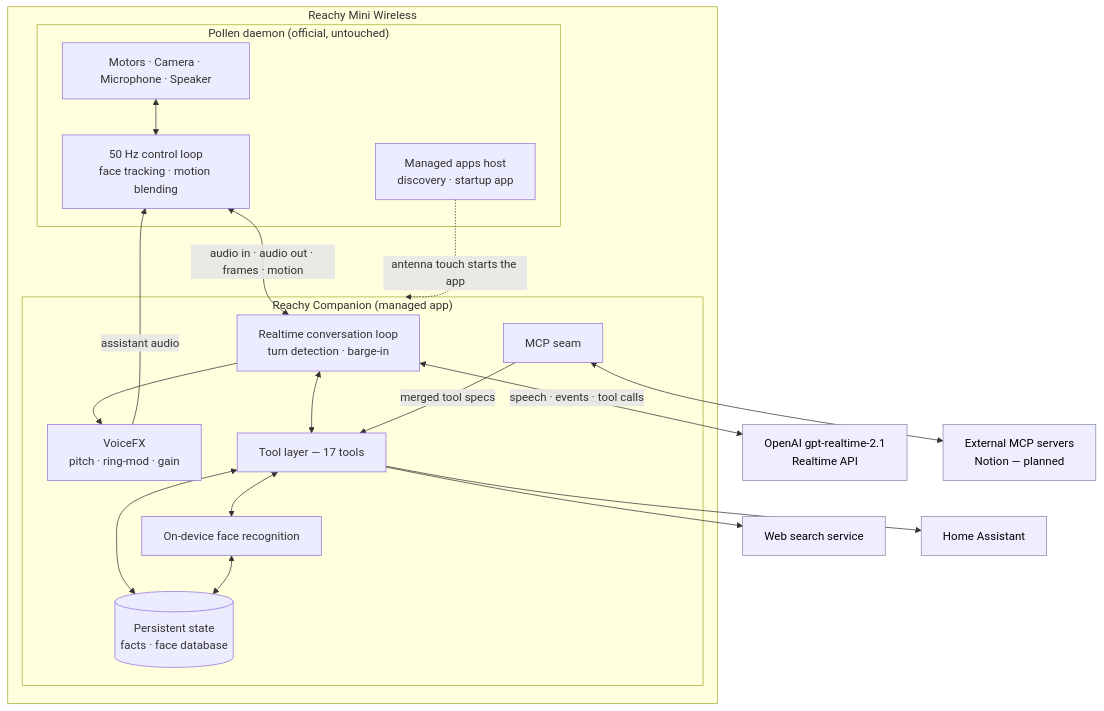
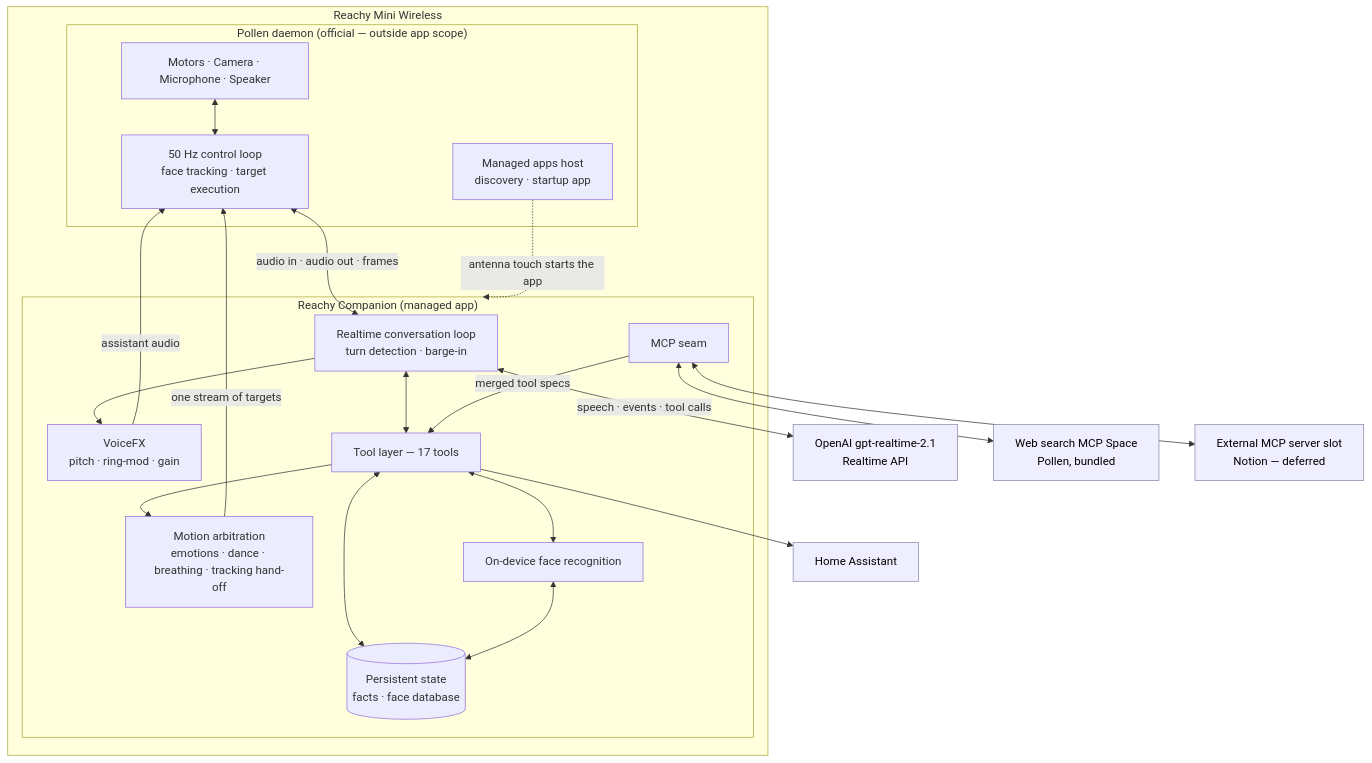
Before and after one commit to Novalien0424/Reachy-companion: the diagram in docs/PRD.md, drawn with Mermaid. The commit also changed other lines of this file and 6 other files, not shown here.

````diff
--- a/docs/PRD.md
+++ b/docs/PRD.md
@@ -722,41 +791,44 @@
 ```mermaid
 flowchart TB
     subgraph robot["Reachy Mini Wireless"]
-        subgraph daemon["Pollen daemon (official, untouched)"]
+        subgraph daemon["Pollen daemon (official — outside app scope)"]
             hw["Motors · Camera · Microphone · Speaker"]
-            loop["50 Hz control loop<br/>face tracking · motion blending"]
+            loop["50 Hz control loop<br/>face tracking · target execution"]
             apps["Managed apps host<br/>discovery · startup app"]
         end
         subgraph app["Reachy Companion (managed app)"]
             rt["Realtime conversation loop<br/>turn detection · barge-in"]
             vfx["VoiceFX<br/>pitch · ring-mod · gain"]
+            motion["Motion arbitration<br/>emotions · dance · breathing · tracking hand-off"]
             tools["Tool layer — 17 tools"]
             mcp["MCP seam"]
             faceid["On-device face recognition"]
             store[("Persistent state<br/>facts · face database")]
         end
     end
 
     model["OpenAI gpt-realtime-2.1<br/>Realtime API"]
-    search["Web search service"]
-    mcpsrv["External MCP servers<br/>Notion — planned"]
+    search["Web search MCP Space<br/>Pollen, bundled"]
+    mcpsrv["External MCP server slot<br/>Notion — deferred"]
     ha["Home Assistant"]
 
     hw <--> loop
     apps -.->|"antenna touch starts the app"| app
-    loop <-->|"audio in · audio out · frames · motion"| rt
+    loop <-->|"audio in · audio out · frames"| rt
+    motion -->|"one stream of targets"| loop
     rt <-->|"speech · events · tool calls"| model
     rt --> vfx
     vfx -->|"assistant audio"| loop
     rt <--> tools
-    tools --> search
-    tools --> ha
+    tools --> motion
     tools <--> store
     tools <--> faceid
     faceid <--> store
     mcp -->|"merged tool specs"| tools
+    mcp <--> search
     mcp <--> mcpsrv
+    tools --> ha
 
     classDef cloud fill:#eef,stroke:#88a,color:#000
     class model,search,mcpsrv,ha cloud
 ```
````
